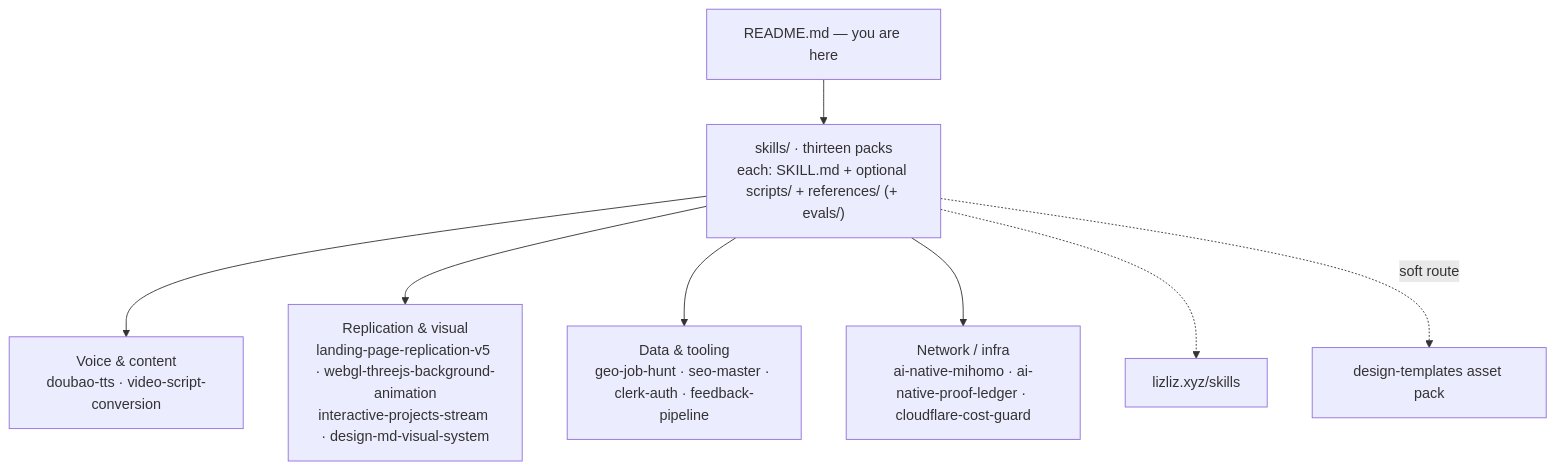
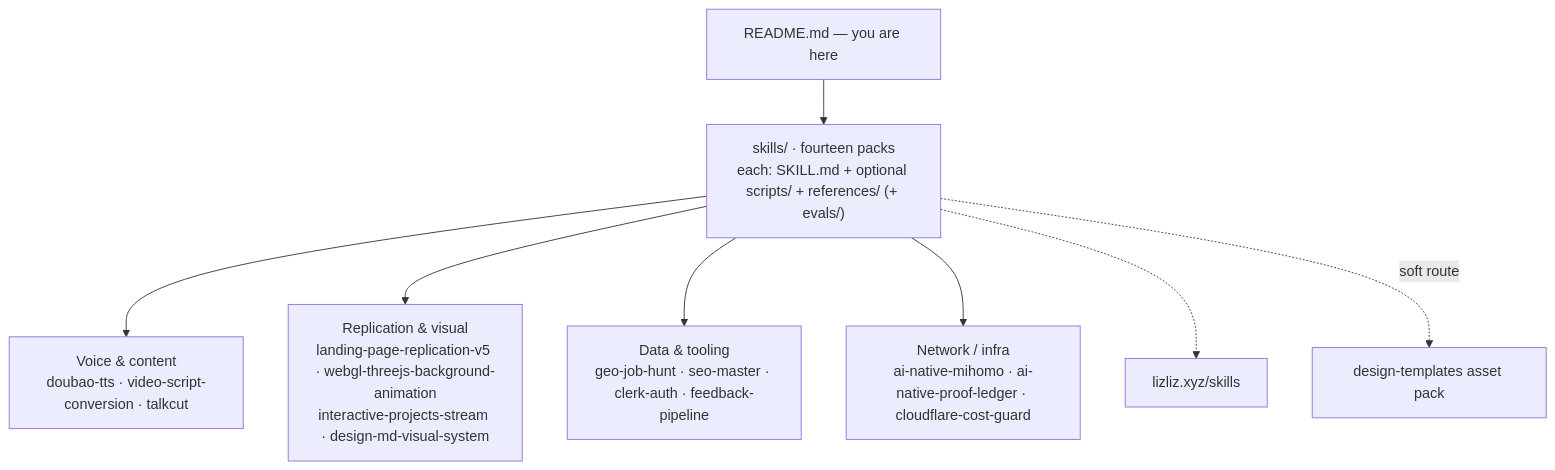
Before and after one commit to lizliz404/agent-skills: the diagram in README.md, drawn with Mermaid. The commit also changed other lines of this file and 13 other files, not shown here.

````diff
--- a/README.md
+++ b/README.md
@@ -7,10 +7,10 @@
 ```mermaid
 graph TD
-    README["README.md — you are here"] --> SKILLS["skills/ · thirteen packs<br/>each: SKILL.md + optional scripts/ + references/ (+ evals/)"]
-    SKILLS --> VOICE["Voice & content<br/>doubao-tts · video-script-conversion"]
+    README["README.md — you are here"] --> SKILLS["skills/ · fourteen packs<br/>each: SKILL.md + optional scripts/ + references/ (+ evals/)"]
+    SKILLS --> VOICE["Voice & content<br/>doubao-tts · video-script-conversion · talkcut"]
     SKILLS --> VISUAL["Replication & visual<br/>landing-page-replication-v5 · webgl-threejs-background-animation<br/>interactive-projects-stream · design-md-visual-system"]
     SKILLS --> TOOLS["Data & tooling<br/>geo-job-hunt · seo-master · clerk-auth · feedback-pipeline"]
     SKILLS --> NET["Network / infra<br/>ai-native-mihomo · ai-native-proof-ledger · cloudflare-cost-guard"]
     SKILLS -.-> SITE["lizliz.xyz/skills"]
     SKILLS -.->|"soft route"| DT["design-templates asset pack"]
 ```
````
